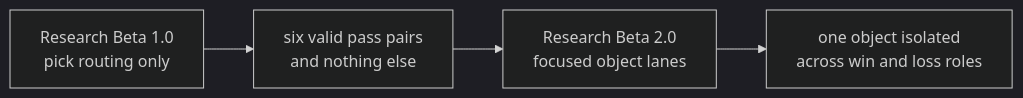
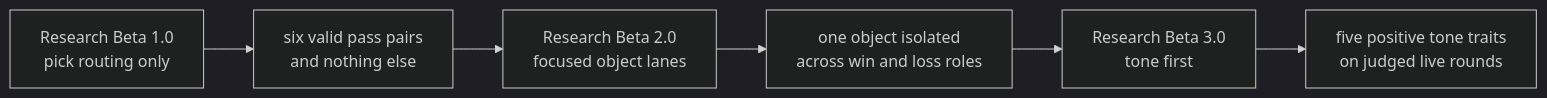
The first of 2 diagrams in docs/research/README.md (tryskian/scorey), drawn with Mermaid (dark theme) before and after one commit. The commit also changed other lines of this file and 12 other files, not shown here.

````diff
--- a/docs/research/README.md
+++ b/docs/research/README.md
@@ -79,10 +93,12 @@
 ```mermaid
 flowchart LR
   B1["Research Beta 1.0<br/>pick routing only"]
   B2["Research Beta 2.0<br/>focused object lanes"]
+  B3["Research Beta 3.0<br/>tone first"]
 
   S1["six valid pass pairs<br/>and nothing else"]
   S2["one object isolated<br/>across win and loss roles"]
+  S3["five positive tone traits<br/>on judged live rounds"]
 
-  B1 --> S1 --> B2 --> S2
+  B1 --> S1 --> B2 --> S2 --> B3 --> S3
 ```
````
